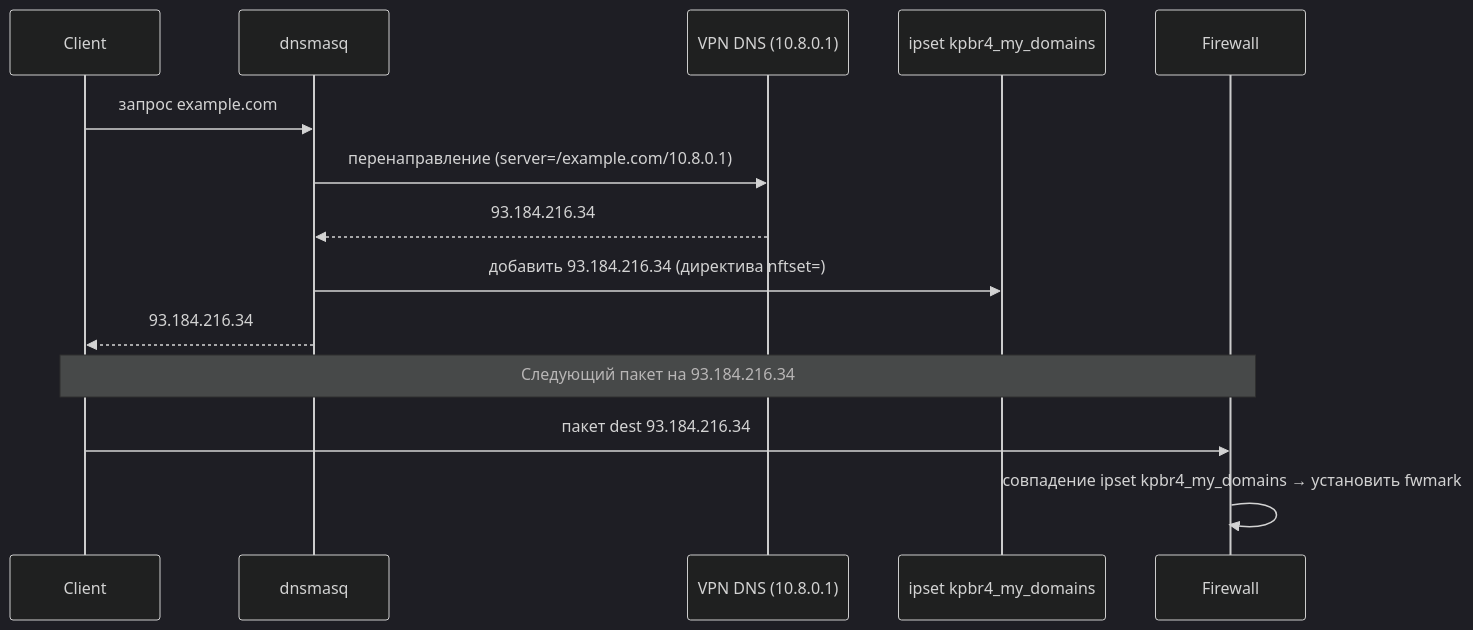
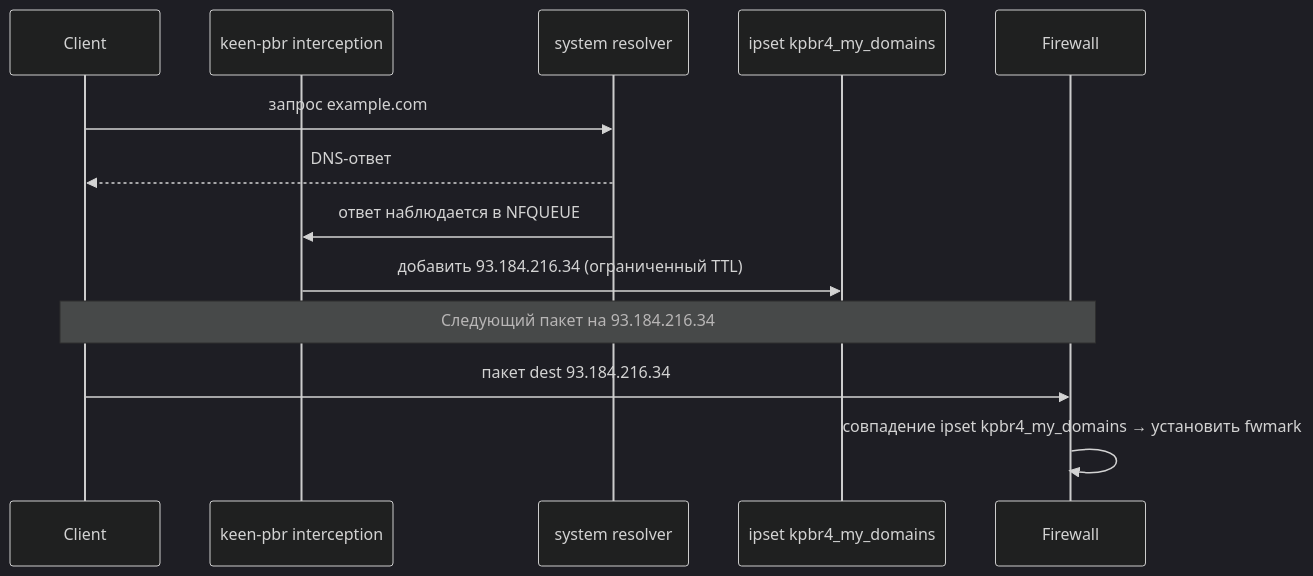
The third of 3 diagrams in docs/content/docs/concepts.ru.md (maksimkurb/keen-pbr), drawn with Mermaid (dark theme) before and after one commit. The commit also changed other lines of this file and 21 other files, not shown here.

First line of the commit message:
docs: describe DNS and L7 interception and optional resolver integration

````diff
--- a/docs/content/docs/concepts.ru.md
+++ b/docs/content/docs/concepts.ru.md
@@ -143,18 +157,17 @@
 ```mermaid
 sequenceDiagram
     participant Client
-    participant dnsmasq
-    participant VPN_DNS as VPN DNS (10.8.0.1)
+    participant Interceptor as keen-pbr interception
+    participant Resolver as system resolver
     participant Ipset as ipset kpbr4_my_domains
     participant Firewall
 
-    Client->>dnsmasq: запрос example.com
-    dnsmasq->>VPN_DNS: перенаправление (server=/example.com/10.8.0.1)
-    VPN_DNS-->>dnsmasq: 93.184.216.34
-    dnsmasq->>Ipset: добавить 93.184.216.34 (директива nftset=)
-    dnsmasq-->>Client: 93.184.216.34
+    Client->>Resolver: запрос example.com
+    Resolver-->>Client: DNS-ответ
+    Resolver->>Interceptor: ответ наблюдается в NFQUEUE
+    Interceptor->>Ipset: добавить 93.184.216.34 (ограниченный TTL)
 
     Note over Client,Firewall: Следующий пакет на 93.184.216.34
     Client->>Firewall: пакет dest 93.184.216.34
     Firewall->>Firewall: совпадение ipset kpbr4_my_domains → установить fwmark
 ```
````
